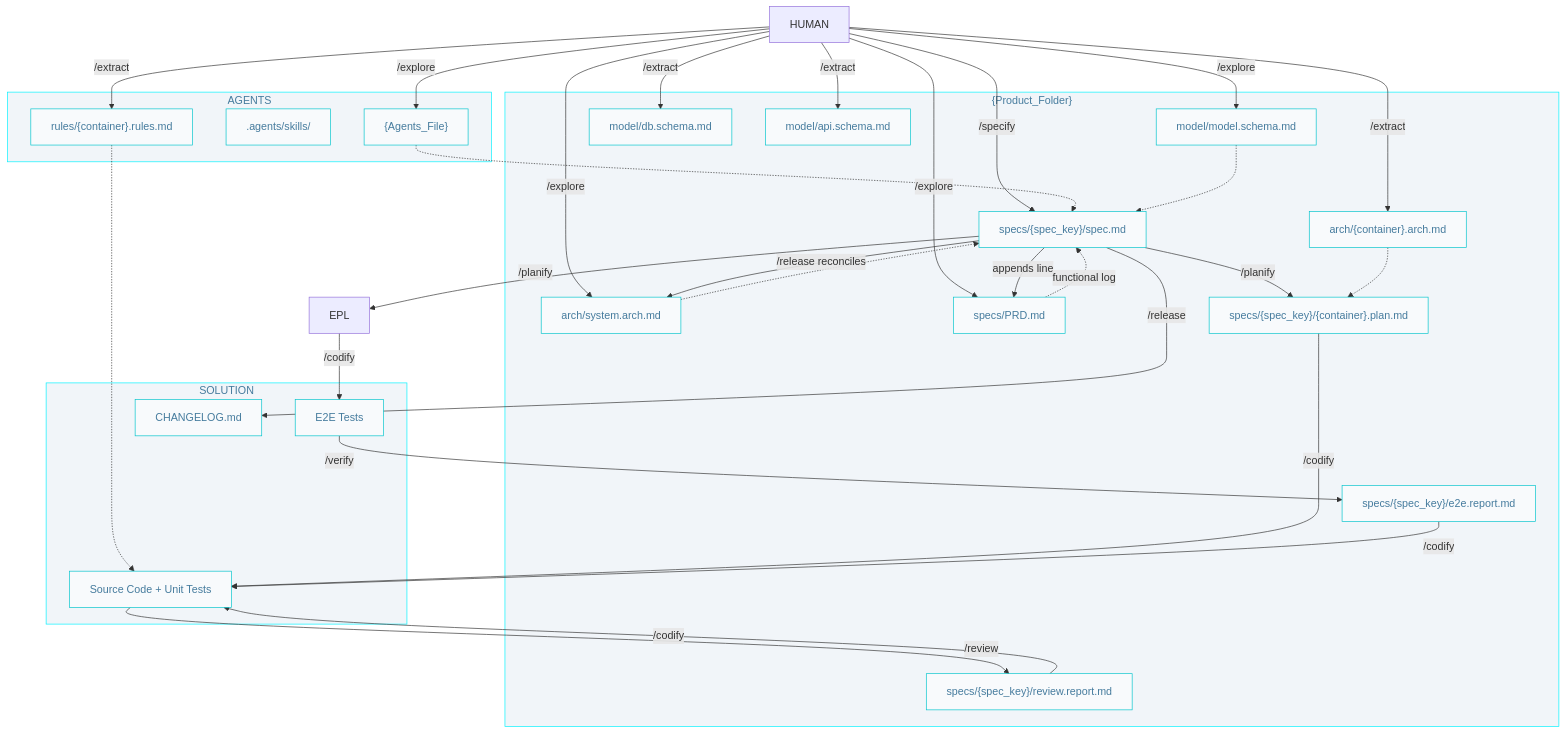
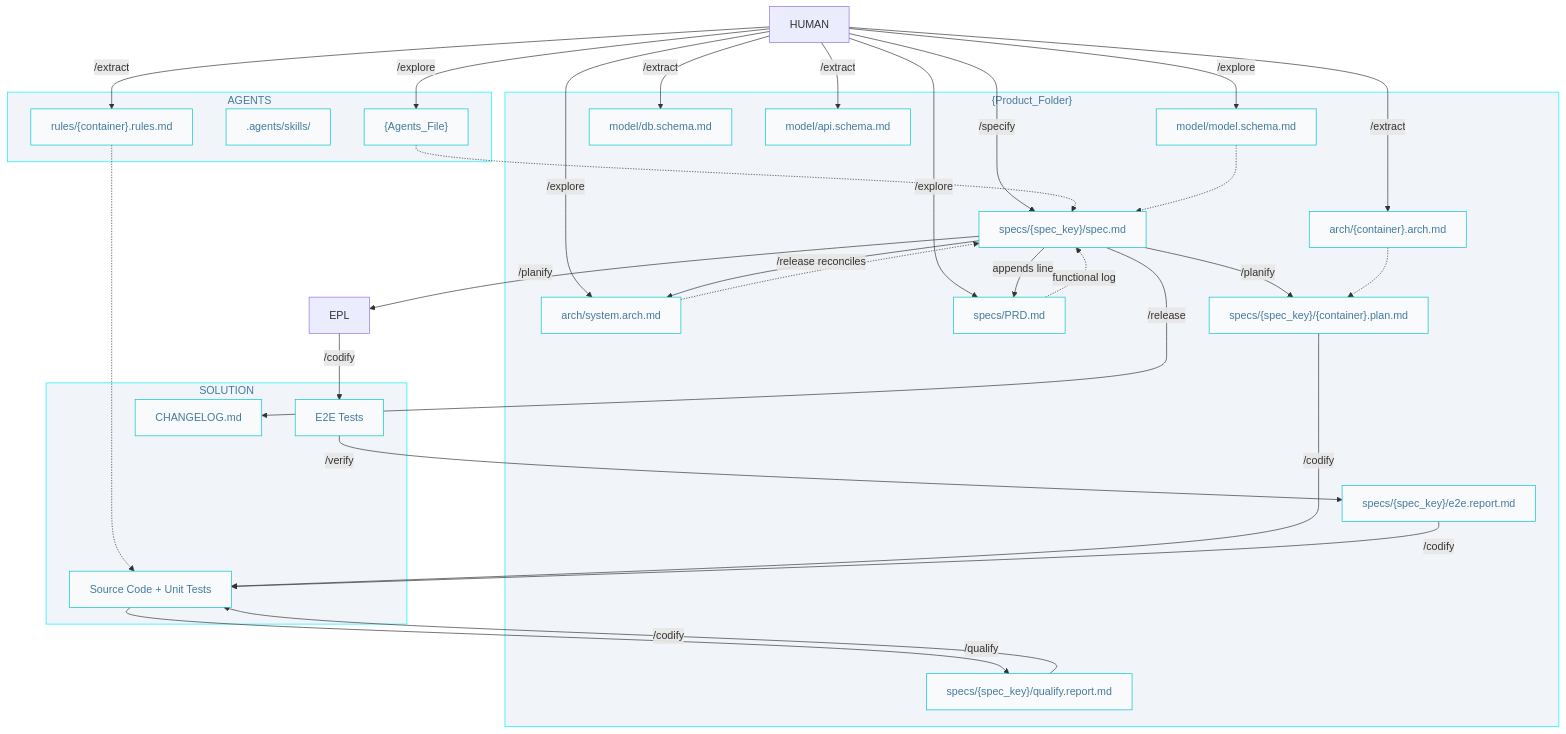
Before and after one commit to AIDDbot/AIDDbot: the ninth of 10 diagrams in docs/AIDD.workflow.md, drawn with Mermaid. The commit also changed other lines of this file and 28 other files, not shown here.

````diff
--- a/docs/AIDD.workflow.md
+++ b/docs/AIDD.workflow.md
@@ -312,62 +312,62 @@
 ```mermaid
 flowchart TD
   classDef nd fill:#f8fafc,stroke:#00c4cc,color:#457b9d
   classDef sg fill:#f1f5f9,stroke:#00f2ff,color:#457b9d
 
   HUM[HUMAN]
 
   subgraph A["AGENTS"]
       AGT["{Agents_File}"]:::nd
       SKL[".agents/skills/"]:::nd
       RUL["rules/{container}.rules.md"]:::nd
   end
 
   subgraph P["{Product_Folder}"]
       ARC["arch/system.arch.md"]:::nd
       MOD["model/model.schema.md"]:::nd
       CAR["arch/{container}.arch.md"]:::nd
       DBS["model/db.schema.md"]:::nd
       API["model/api.schema.md"]:::nd
       PRD["specs/PRD.md"]:::nd
       SPC["specs/{spec_key}/spec.md"]:::nd
       PLN["specs/{spec_key}/{container}.plan.md"]:::nd
       RPT["specs/{spec_key}/e2e.report.md"]:::nd
-      RVR["specs/{spec_key}/review.report.md"]:::nd
+      RVR["specs/{spec_key}/qualify.report.md"]:::nd
   end
 
   subgraph S["SOLUTION"]
       COD["Source Code + Unit Tests"]:::nd
       E2E["E2E Tests"]:::nd
       CHL["CHANGELOG.md"]:::nd
   end
 
   HUM -->|/explore| AGT
   HUM -->|/explore| ARC
   HUM -->|/explore| MOD
   HUM -->|/explore| PRD
   HUM -->|/extract| CAR
   HUM -->|/extract| DBS
   HUM -->|/extract| API
   HUM -->|/extract| RUL
   HUM -->|/specify| SPC
   SPC -->|appends line| PRD
   PRD -.functional log.-> SPC
   AGT -.-> SPC
   ARC -.-> SPC
   MOD -.-> SPC
   SPC -->|/planify| PLN
   SPC -->|/planify| EPL
   CAR -.-> PLN
 
   PLN -->|/codify| COD
   RUL -.-> COD
   EPL -->|/codify| E2E
   E2E -->|/verify| RPT
   RPT -->|/codify| COD
-  COD -->|/review| RVR
+  COD -->|/qualify| RVR
   RVR -->|/codify| COD
   SPC -->|/release| CHL
   SPC -->|/release reconciles| ARC
 
   class P,A,S sg
 ```
````
